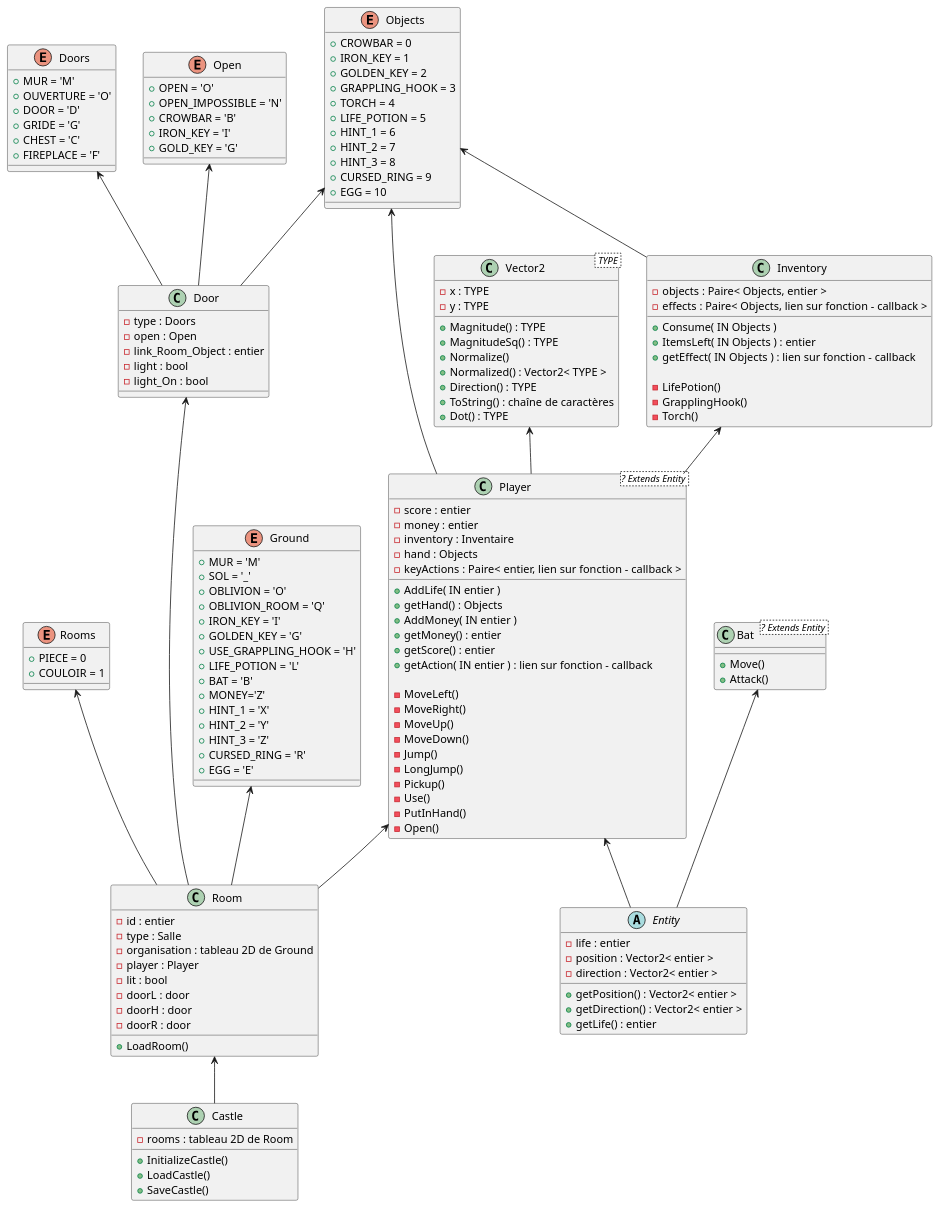
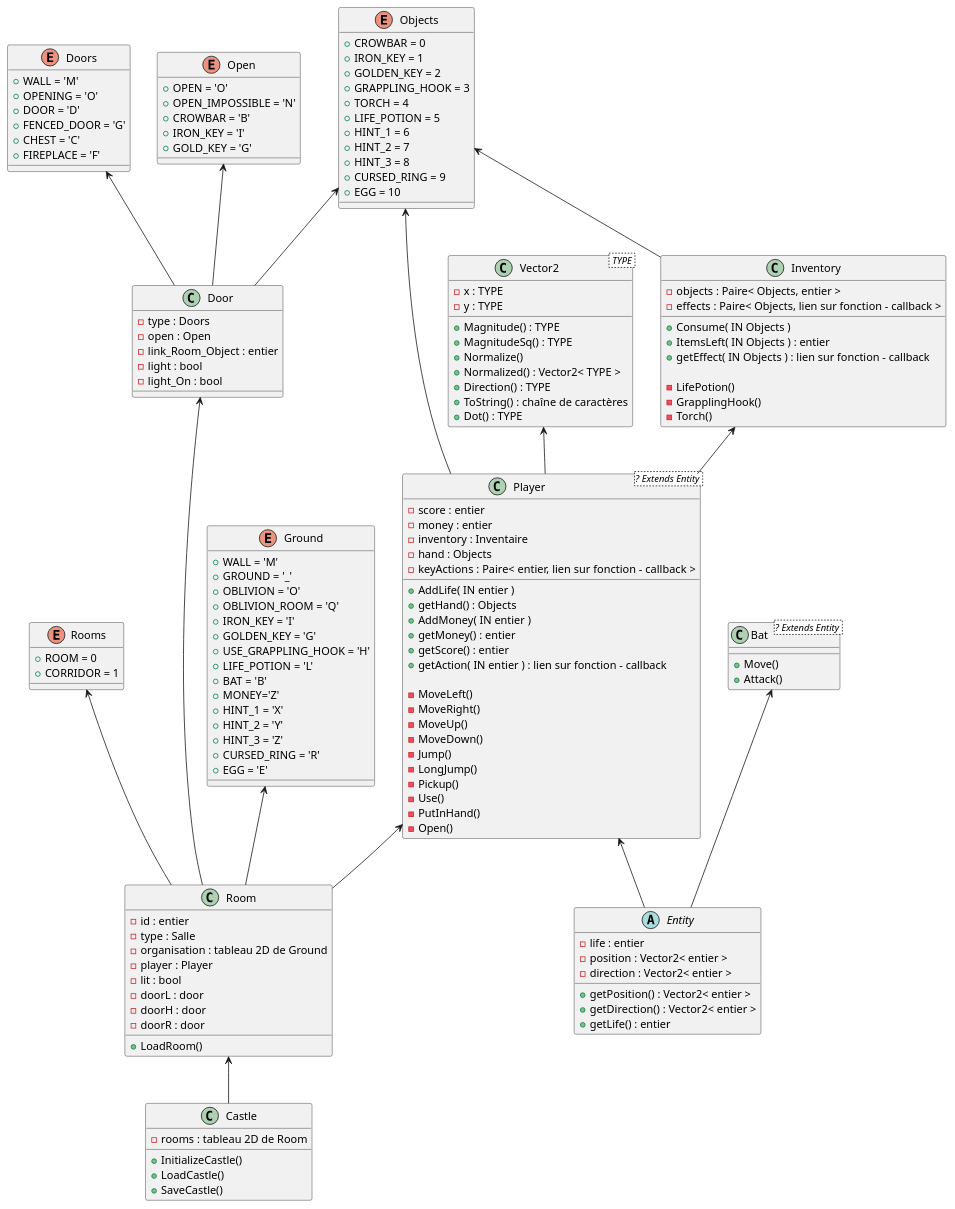
The diagram in doc/diagrams/Class.puml (Serdok/GoldenPhoenix), drawn with PlantUML before and after one commit.

Commit message:
Harmonisation du langage

```diff
--- a/doc/diagrams/Class.puml
+++ b/doc/diagrams/Class.puml
@@ -1,187 +1,187 @@
 @startuml
 
 Inventory <-- Player
 Room <-- Castle
 Objects <-- Inventory
 Vector2 <-- Player
 Rooms <-- Room
 Ground <-- Room
 Player <-- Room
 Objects <-- Player
 Player <-- Entity
 Bat <-- Entity
 Door <-- Room
 Objects <-- Door
 Doors <-- Door
 Open <-- Door 
 
 class Vector2< TYPE >
 {
     - x : TYPE
     - y : TYPE
 
     + Magnitude() : TYPE
     + MagnitudeSq() : TYPE
     + Normalize()
     + Normalized() : Vector2< TYPE >
     + Direction() : TYPE
     + ToString() : chaîne de caractères
     + Dot() : TYPE
 }
 
 class Player <? Extends Entity >
 {
     - score : entier
     - money : entier
     - inventory : Inventaire
     - hand : Objects
     - keyActions : Paire< entier, lien sur fonction - callback >
 
     + AddLife( IN entier )
     + getHand() : Objects
     + AddMoney( IN entier )
     + getMoney() : entier
     + getScore() : entier
     + getAction( IN entier ) : lien sur fonction - callback
 
     - MoveLeft()
     - MoveRight()
     - MoveUp()
     - MoveDown()
     - Jump()
     - LongJump()
     - Pickup()
     - Use()
     - PutInHand()
     - Open()
 }
 
 class Inventory
 {
     - objects : Paire< Objects, entier >
     - effects : Paire< Objects, lien sur fonction - callback >
 
     + Consume( IN Objects )
     + ItemsLeft( IN Objects ) : entier
     + getEffect( IN Objects ) : lien sur fonction - callback
 
     - LifePotion()
     - GrapplingHook()
     - Torch()
 }
 
 abstract class Entity
 {
     - life : entier
     - position : Vector2< entier >
     - direction : Vector2< entier >
 
     + getPosition() : Vector2< entier >
     + getDirection() : Vector2< entier >
     + getLife() : entier
 }
 
 class Bat <? Extends Entity >
 {
     + Move()
     + Attack()
 }
 
 enum Objects
 {
     + CROWBAR = 0
     + IRON_KEY = 1
     + GOLDEN_KEY = 2
     + GRAPPLING_HOOK = 3
     + TORCH = 4
     + LIFE_POTION = 5
     + HINT_1 = 6
     + HINT_2 = 7
     + HINT_3 = 8
     + CURSED_RING = 9
     + EGG = 10
 }
 
 class Castle
 {
     - rooms : tableau 2D de Room
 
 	+ InitializeCastle()
 	+ LoadCastle()
 	+ SaveCastle()
 }
 
 enum Rooms
 {
-    + PIECE = 0
-    + COULOIR = 1
+    + ROOM = 0
+    + CORRIDOR = 1
 }
 
 enum Ground
 {
-    + MUR = 'M'
-    + SOL = '_'
+    + WALL = 'M'
+    + GROUND = '_'
 	+ OBLIVION = 'O'
 	+ OBLIVION_ROOM = 'Q' 
     + IRON_KEY = 'I'
     + GOLDEN_KEY = 'G'
     + USE_GRAPPLING_HOOK = 'H'
     + LIFE_POTION = 'L'
 	+ BAT = 'B'
 	+ MONEY='Z'
     + HINT_1 = 'X'
     + HINT_2 = 'Y'
     + HINT_3 = 'Z'
     + CURSED_RING = 'R'
     + EGG = 'E'
 }
 
 enum Doors
 {
-	+ MUR = 'M'
-	+ OUVERTURE = 'O'
+	+ WALL = 'M'
+	+ OPENING = 'O'
 	+ DOOR = 'D'
-	+ GRIDE = 'G'
+	+ FENCED_DOOR = 'G'
 	+ CHEST = 'C'
 	+ FIREPLACE = 'F'
 }
 
 enum Open
 {
 	+ OPEN = 'O'
 	+ OPEN_IMPOSSIBLE = 'N'
 	+ CROWBAR = 'B'
 	+ IRON_KEY = 'I'
 	+ GOLD_KEY = 'G'
 }
 
 class Door
 {
 	- type : Doors
 	- open : Open
 	- link_Room_Object : entier
 	- light : bool 
 	- light_On : bool 
 }
 
 class Room
 {
     - id : entier
     - type : Salle
     - organisation : tableau 2D de Ground
     - player : Player
     - lit : bool
 	- doorL : door
 	- doorH : door
 	- doorR : door
 
 
 	+ LoadRoom()
 }
 
 
 
 
 
 
 @enduml
```
